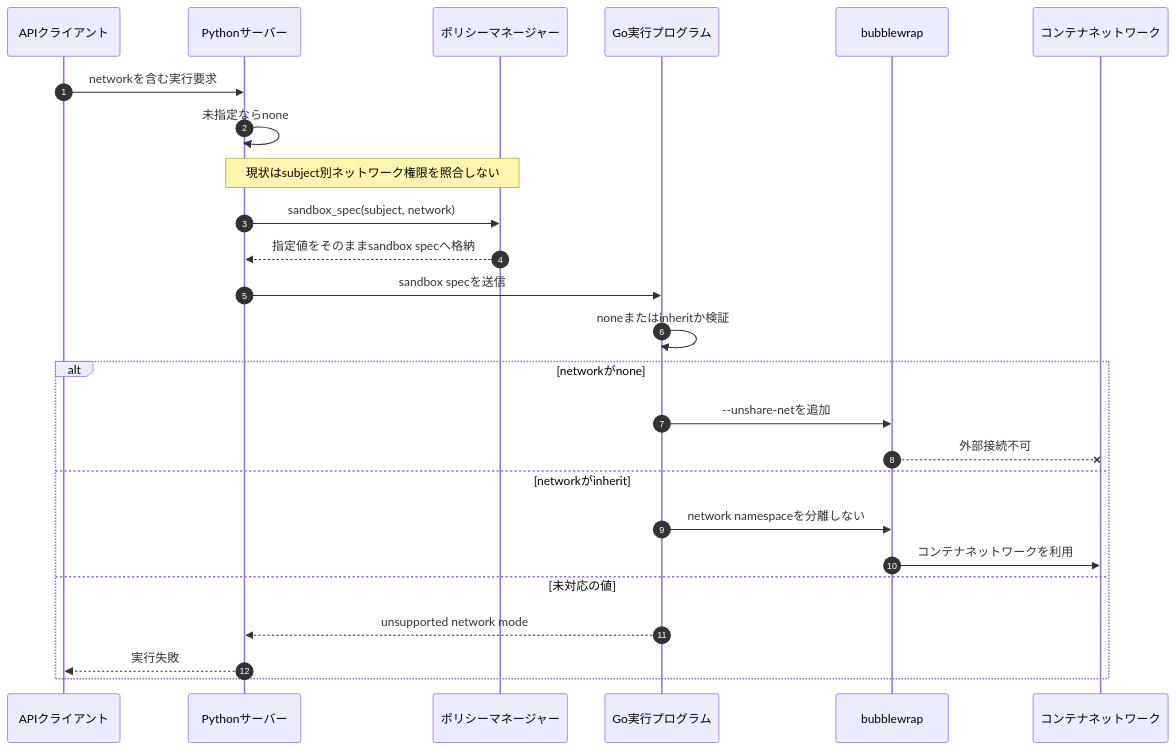
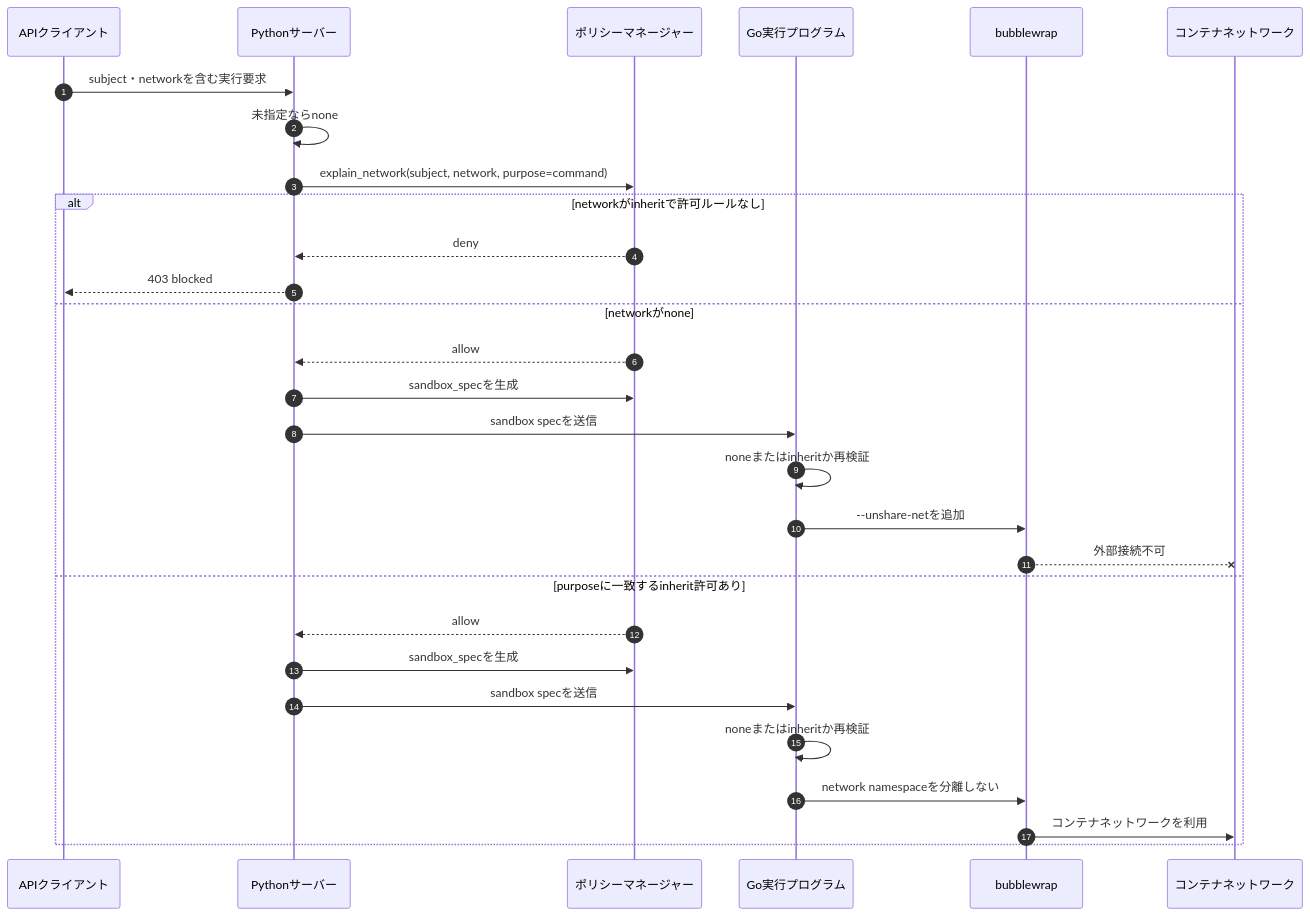
The third of 8 diagrams in docs/session-orchestration-design.md (northwest-systems/ModelConsole), drawn with Mermaid before and after one commit. The commit also changed other lines of this file and 13 other files, not shown here.

````diff
--- a/docs/session-orchestration-design.md
+++ b/docs/session-orchestration-design.md
@@ -441,29 +441,33 @@
 ```mermaid
 sequenceDiagram
     autonumber
     participant Client as APIクライアント
     participant Server as Pythonサーバー
     participant Policy as ポリシーマネージャー
     participant Executor as Go実行プログラム
     participant Bwrap as bubblewrap
     participant Network as コンテナネットワーク
 
-    Client->>Server: networkを含む実行要求
+    Client->>Server: subject・networkを含む実行要求
     Server->>Server: 未指定ならnone
-    Note over Server,Policy: 現状はsubject別ネットワーク権限を照合しない
-    Server->>Policy: sandbox_spec(subject, network)
-    Policy-->>Server: 指定値をそのままsandbox specへ格納
-    Server->>Executor: sandbox specを送信
-    Executor->>Executor: noneまたはinheritか検証
+    Server->>Policy: explain_network(subject, network, purpose=command)
 
-    alt networkがnone
+    alt networkがinheritで許可ルールなし
+        Policy-->>Server: deny
+        Server-->>Client: 403 blocked
+    else networkがnone
+        Policy-->>Server: allow
+        Server->>Policy: sandbox_specを生成
+        Server->>Executor: sandbox specを送信
+        Executor->>Executor: noneまたはinheritか再検証
         Executor->>Bwrap: --unshare-netを追加
         Bwrap--xNetwork: 外部接続不可
-    else networkがinherit
+    else purposeに一致するinherit許可あり
+        Policy-->>Server: allow
+        Server->>Policy: sandbox_specを生成
+        Server->>Executor: sandbox specを送信
+        Executor->>Executor: noneまたはinheritか再検証
         Executor->>Bwrap: network namespaceを分離しない
         Bwrap->>Network: コンテナネットワークを利用
-    else 未対応の値
-        Executor-->>Server: unsupported network mode
-        Server-->>Client: 実行失敗
     end
 ```
````
